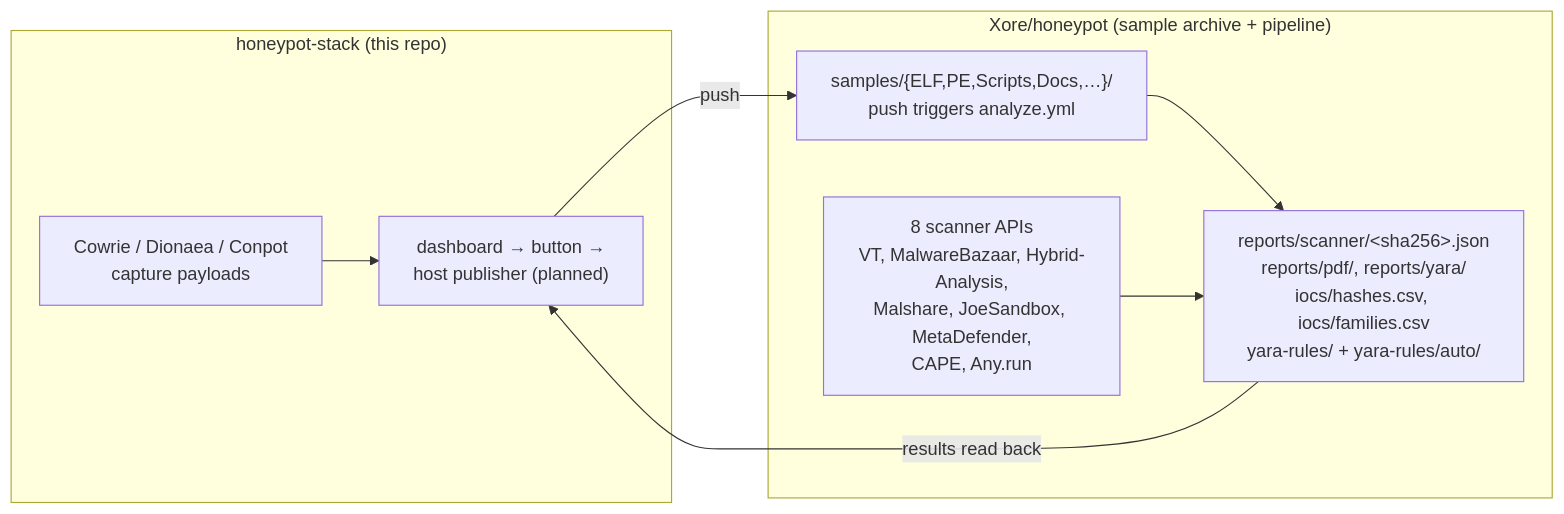
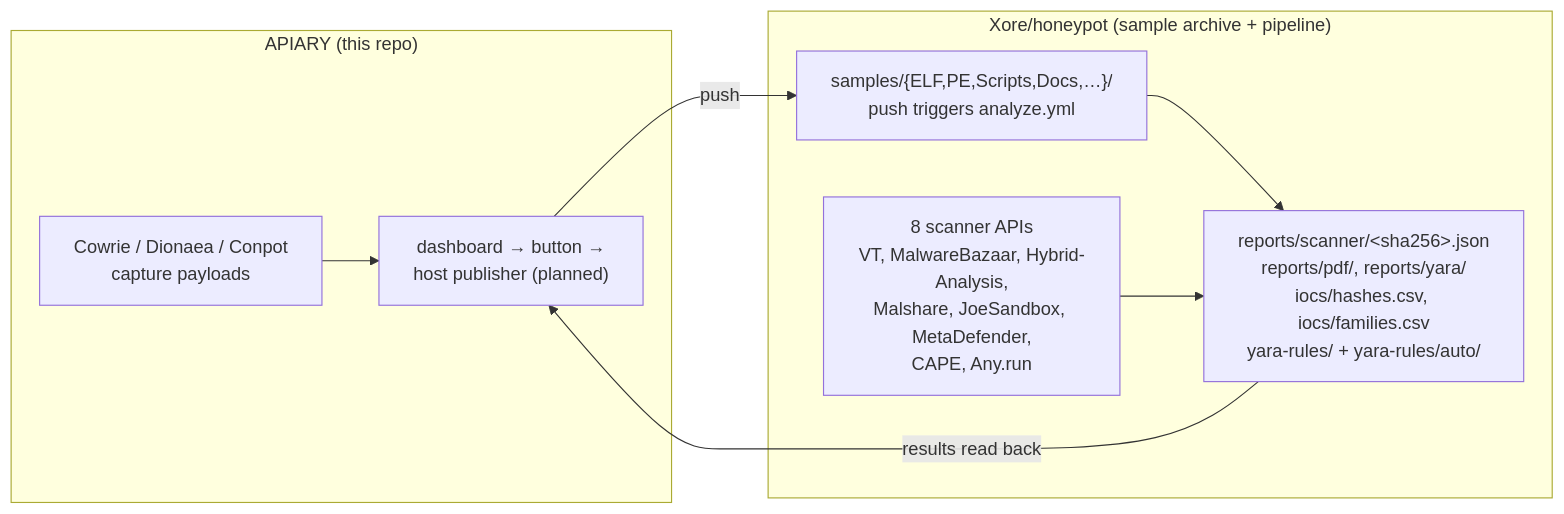
Before and after one commit to Xore/APIARY: the diagram in docs/analysis/README.md, drawn with Mermaid. The commit also changed other lines of this file and 70 other files, not shown here.

````diff
--- a/docs/analysis/README.md
+++ b/docs/analysis/README.md
@@ -20,19 +20,19 @@
 ```mermaid
 flowchart LR
-    subgraph HS["honeypot-stack (this repo)"]
+    subgraph HS["APIARY (this repo)"]
         Sensors["Cowrie / Dionaea / Conpot<br/>capture payloads"]
         Pub["dashboard → button →<br/>host publisher (planned)"]
         Sensors --> Pub
     end
 
     subgraph XH["Xore/honeypot (sample archive + pipeline)"]
         Samples["samples/{ELF,PE,Scripts,Docs,…}/<br/>push triggers analyze.yml"]
         Outputs["reports/scanner/&lt;sha256&gt;.json<br/>reports/pdf/, reports/yara/<br/>iocs/hashes.csv, iocs/families.csv<br/>yara-rules/ + yara-rules/auto/"]
         Scanners["8 scanner APIs<br/>VT, MalwareBazaar, Hybrid-Analysis,<br/>Malshare, JoeSandbox, MetaDefender,<br/>CAPE, Any.run"]
         Samples --> Outputs
         Scanners --> Outputs
     end
 
     Pub -->|push| Samples
     Outputs -->|results read back| Pub
 ```
````
